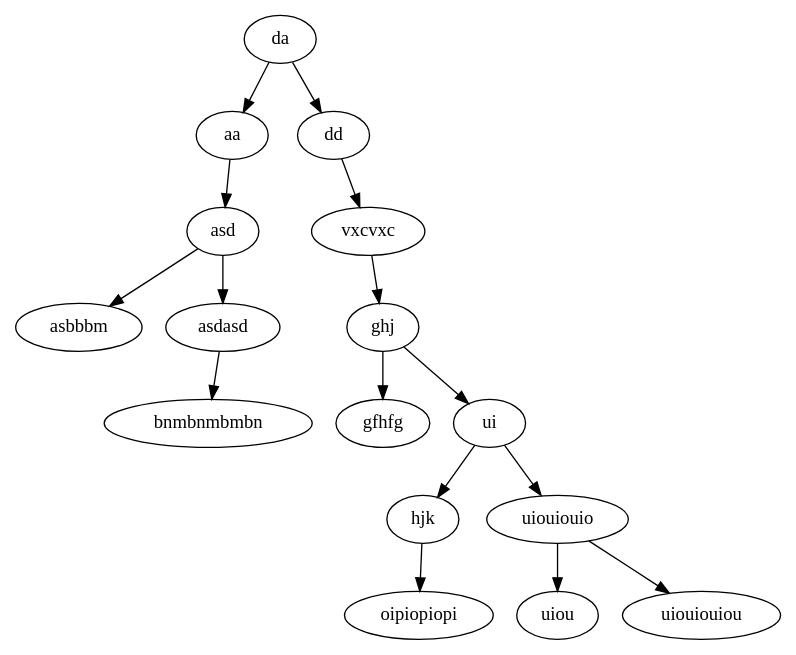
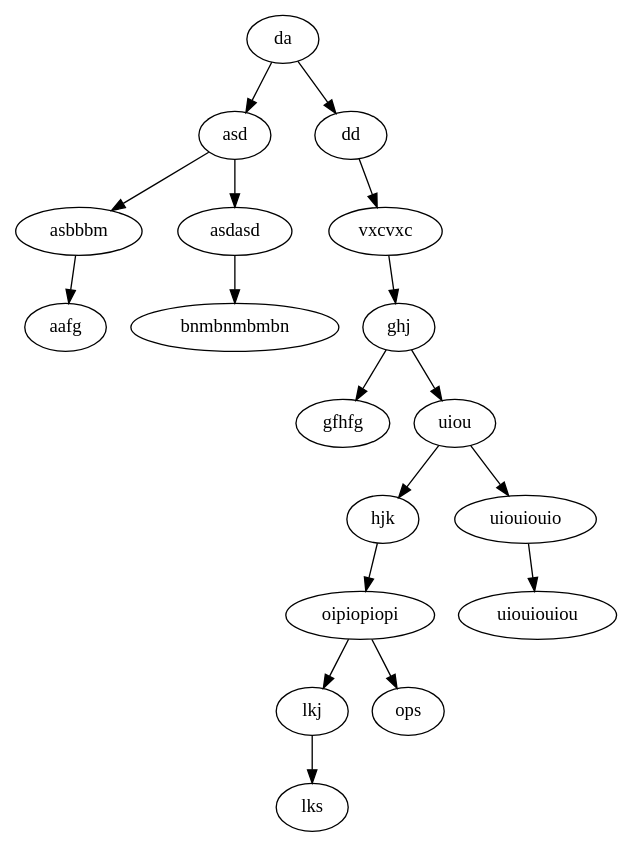
Before and after one commit to pp20u1515/Data_types_and_structures: the diagram in lab_06/func_tests/data/output_first_tree.dot, drawn with Graphviz. The commit also changed 101 other files, not shown here.

```diff
--- a/lab_06/func_tests/data/output_first_tree.dot
+++ b/lab_06/func_tests/data/output_first_tree.dot
@@ -1,17 +1,37 @@
 digraph tree {
-da -> aa;
+da;
+da -> asd;
 da -> dd;
+dd;
 dd -> vxcvxc;
+vxcvxc;
 vxcvxc -> ghj;
+ghj;
 ghj -> gfhfg;
-ghj -> ui;
-ui -> hjk;
-ui -> uiouiouio;
-uiouiouio -> uiou;
+ghj -> uiou;
+uiou;
+uiou -> hjk;
+uiou -> uiouiouio;
+uiouiouio;
 uiouiouio -> uiouiouiou;
+uiouiouiou;
+hjk;
 hjk -> oipiopiopi;
-aa -> asd;
+oipiopiopi;
+oipiopiopi -> lkj;
+oipiopiopi -> ops;
+ops;
+lkj;
+lkj -> lks;
+lks;
+gfhfg;
+asd;
 asd -> asbbbm;
 asd -> asdasd;
+asdasd;
 asdasd -> bnmbnmbmbn;
+bnmbnmbmbn;
+asbbbm;
+asbbbm -> aafg;
+aafg;
 }
```
